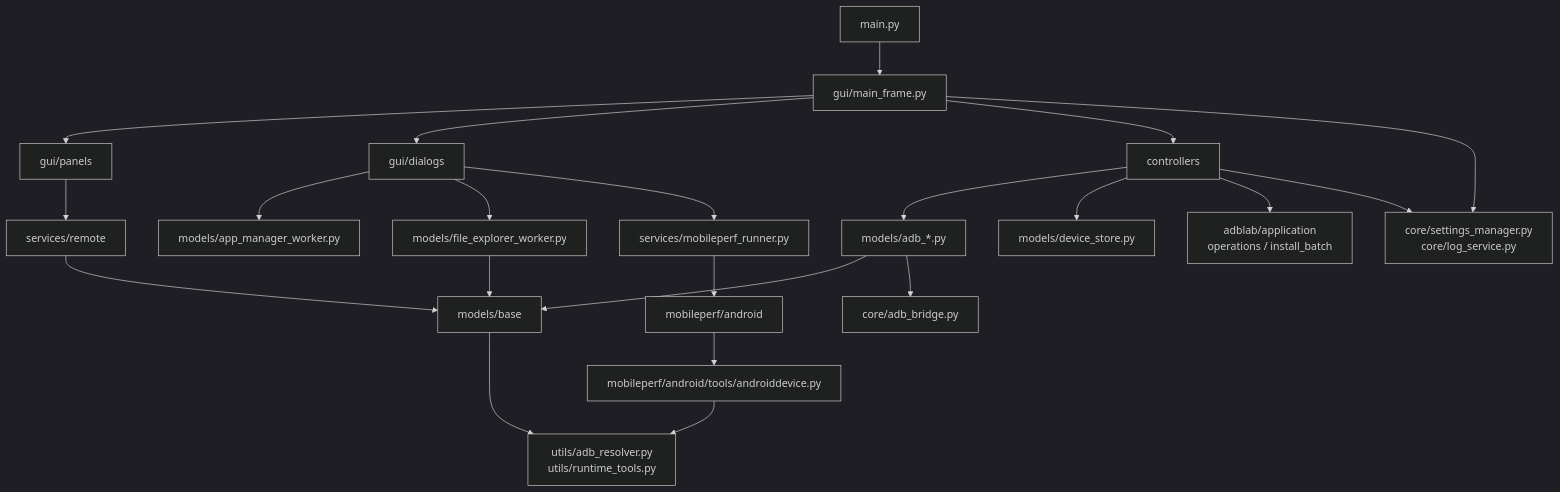
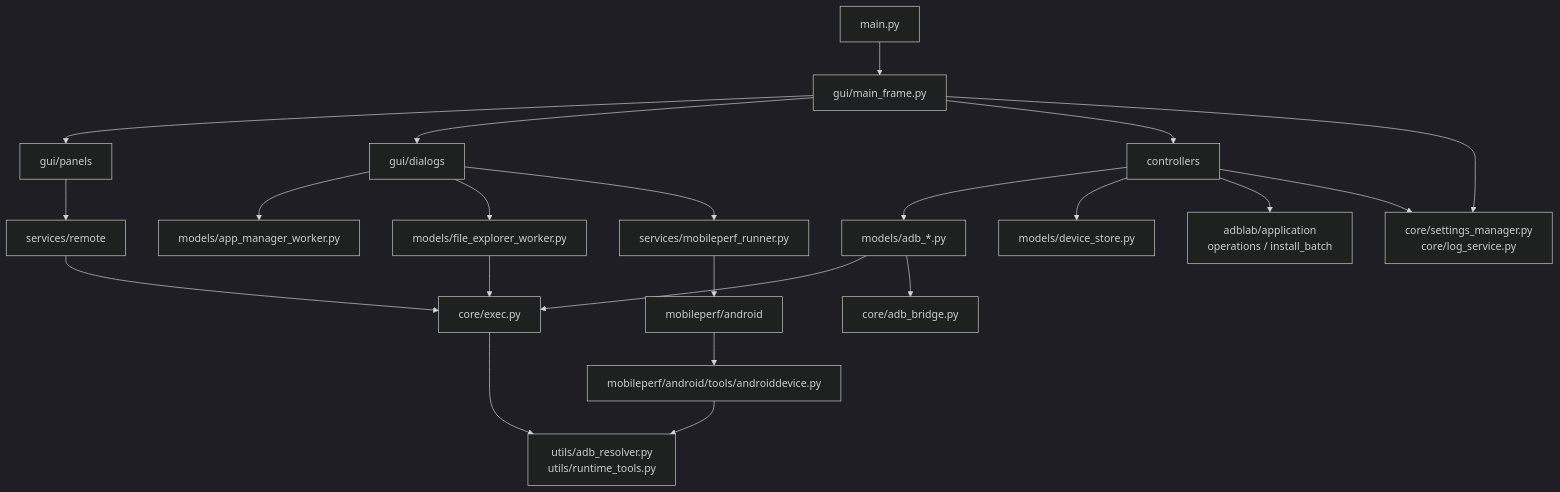
Before and after one commit to BlackHu-art/ADBLab: the first of 2 diagrams in docs/project-knowledge/DEPENDENCY_MAP.md, drawn with Mermaid (dark theme). The commit also changed other lines of this file and 112 other files, not shown here.

````diff
--- a/docs/project-knowledge/DEPENDENCY_MAP.md
+++ b/docs/project-knowledge/DEPENDENCY_MAP.md
@@ -17,24 +17,24 @@
 ```mermaid
 flowchart TD
     Main["main.py"] --> GUI["gui/main_frame.py"]
     GUI --> Panels["gui/panels"]
     GUI --> Dialogs["gui/dialogs"]
     GUI --> Controllers["controllers"]
     Controllers --> ADBModels["models/adb_*.py"]
     Controllers --> Store["models/device_store.py"]
     Controllers --> UseCases["adblab/application<br/>operations / install_batch"]
     Panels --> Remote["services/remote"]
     Dialogs --> AppWorker["models/app_manager_worker.py"]
     Dialogs --> FileWorker["models/file_explorer_worker.py"]
     Dialogs --> MobileAdapter["services/mobileperf_runner.py"]
-    ADBModels --> Base["models/base"]
-    Remote --> Base
-    FileWorker --> Base
+    ADBModels --> Exec["core/exec.py"]
+    Remote --> Exec
+    FileWorker --> Exec
     ADBModels --> Bridge["core/adb_bridge.py"]
     GUI --> Infra["core/settings_manager.py<br/>core/log_service.py"]
     Controllers --> Infra
     MobileAdapter --> MobileCore["mobileperf/android"]
-    Base --> Utils["utils/adb_resolver.py<br/>utils/runtime_tools.py"]
+    Exec --> Utils["utils/adb_resolver.py<br/>utils/runtime_tools.py"]
     MobileCore --> MobileADB["mobileperf/android/tools/androiddevice.py"]
     MobileADB --> Utils
 ```
````
